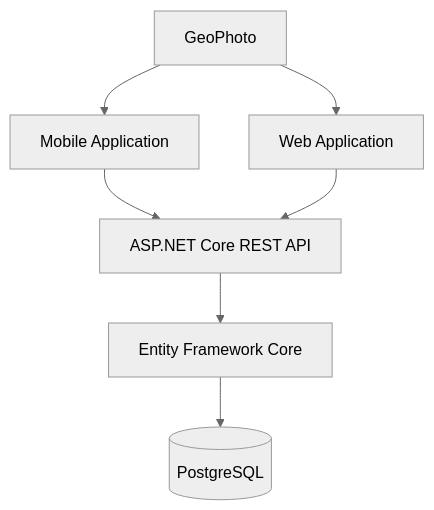
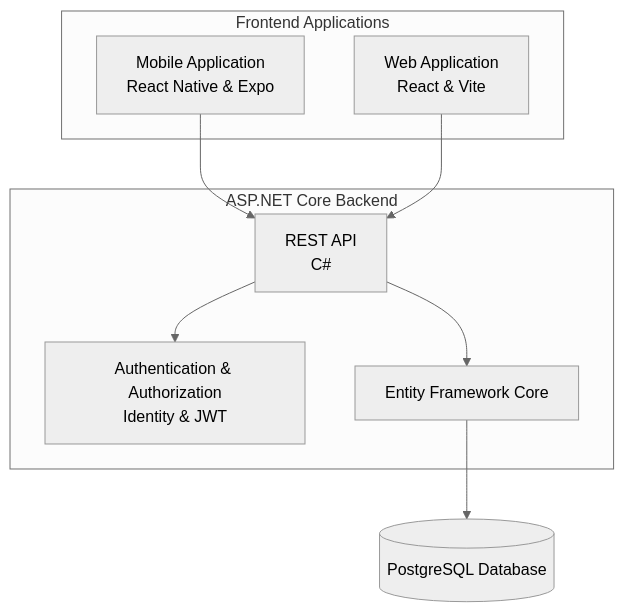
The diagram in README.md (JacobKendall-dev/GeoPhoto), drawn with Mermaid (neutral theme) before and after one commit. The commit also changed other lines of this file and 8 other files, not shown here.

````diff
--- a/README.md
+++ b/README.md
@@ -87,11 +112,21 @@
 ```mermaid
 flowchart TD
-    A[GeoPhoto] --> B[Mobile Application]
-    A --> C[Web Application]
+    subgraph Clients["Frontend Applications"]
+        Mobile["Mobile Application<br/>React Native & Expo"]
+        Web["Web Application<br/>React & Vite"]
+    end
 
-    B --> D[ASP.NET Core REST API]
-    C --> D
+    subgraph Backend["ASP.NET Core Backend"]
+        API["REST API<br/>C#"]
+        Auth["Authentication & Authorization<br/>Identity & JWT"]
+        EF["Entity Framework Core"]
+    end
 
-    D --> E[Entity Framework Core]
-    E --> F[(PostgreSQL)]
+    DB[("PostgreSQL Database")]
+
+    Mobile --> API
+    Web --> API
+    API --> Auth
+    API --> EF
+    EF --> DB
 ```
````
